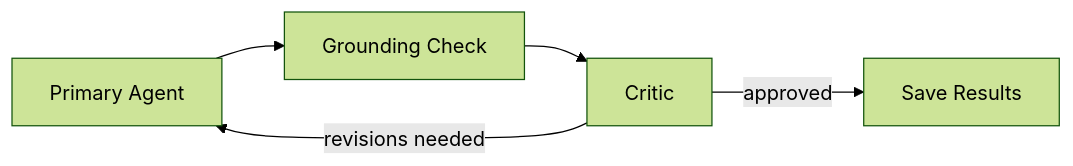
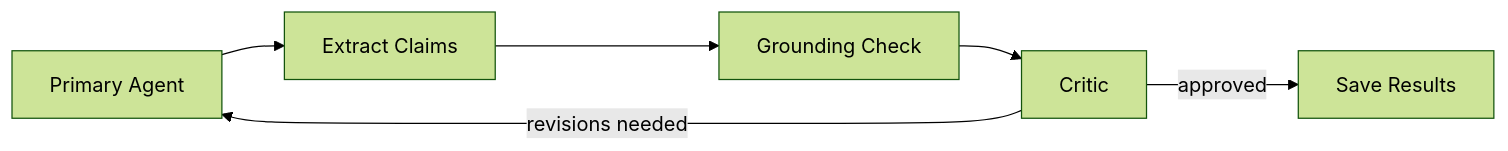
The second of 2 diagrams in docs/content/lab-3.md (obuzek/ai-agents-workshop), drawn with Mermaid (forest theme) before and after one commit. The commit also changed other lines of this file and 1 other file, not shown here.

````diff
--- a/docs/content/lab-3.md
+++ b/docs/content/lab-3.md
@@ -143,7 +144,8 @@
 ```mermaid
 graph LR
-    A[Primary Agent] --> B[Grounding Check]
-    B --> C[Critic]
-    C -->|revisions needed| A
-    C -->|approved| D[Save Results]
+    A[Primary Agent] --> B[Extract Claims]
+    B --> C[Grounding Check]
+    C --> D[Critic]
+    D -->|revisions needed| A
+    D -->|approved| E[Save Results]
 ```
````
